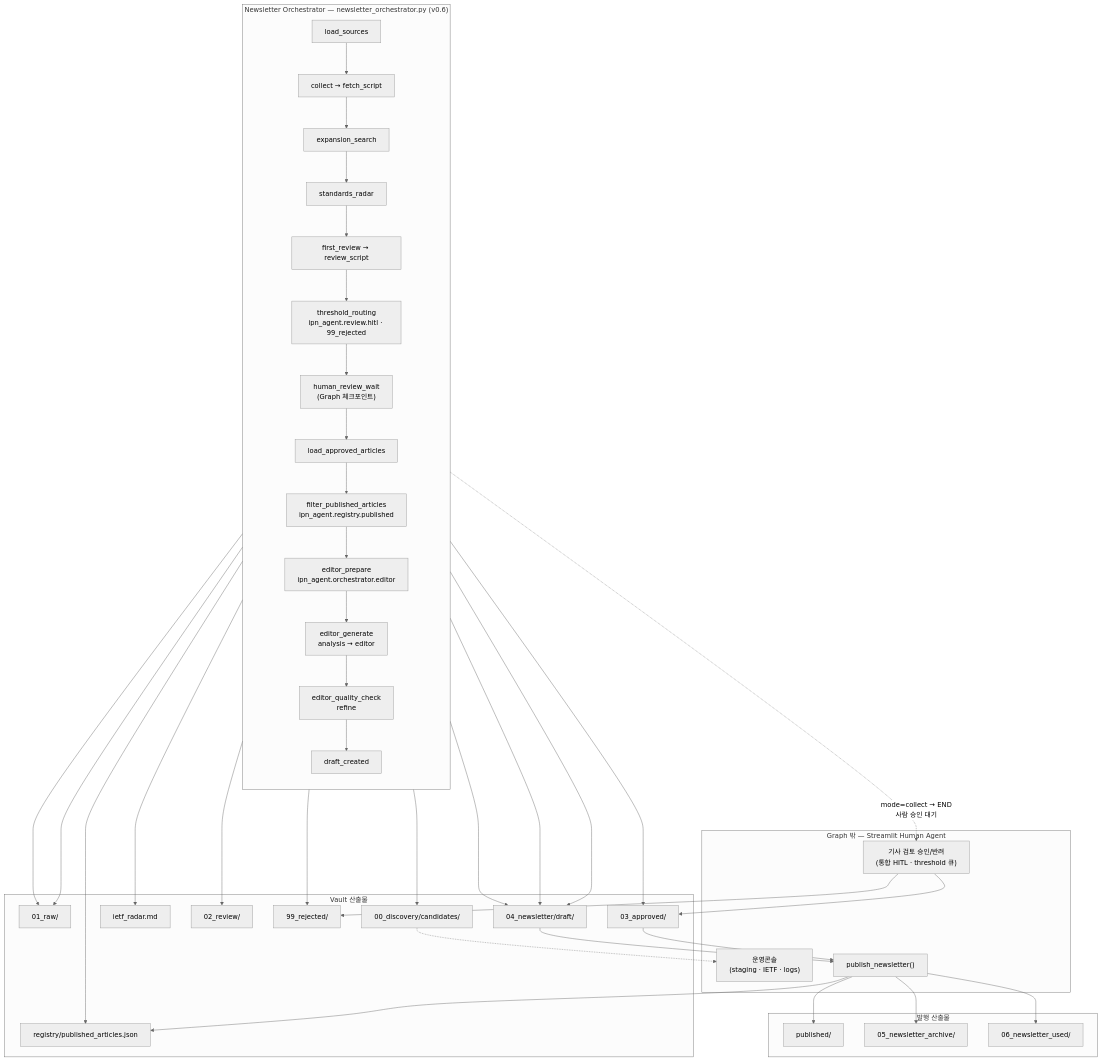
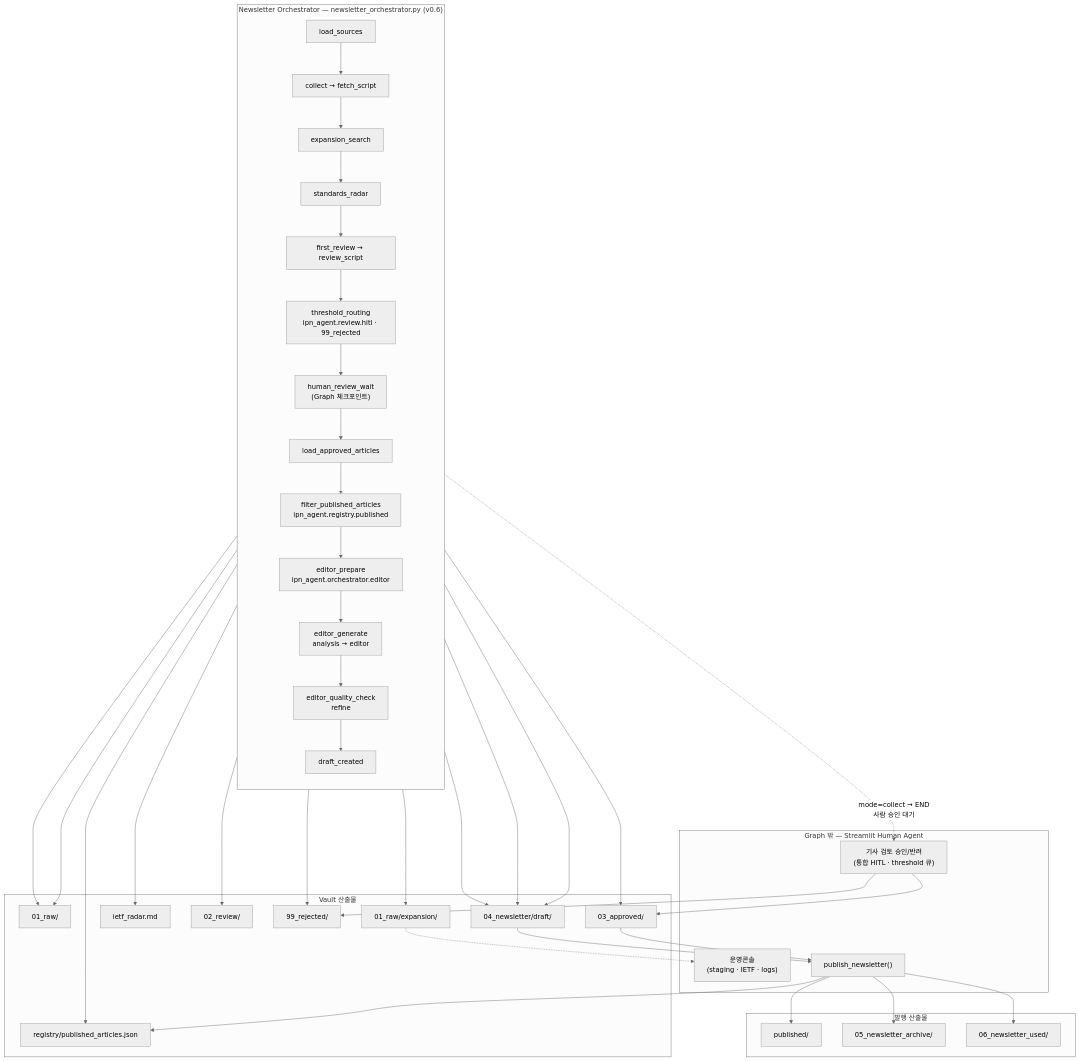
Before and after one commit to BPARK0131/newsletter_agent: the first of 4 diagrams in docs/assignment-spec.md, drawn with Mermaid (neutral theme). The commit also changed other lines of this file and 14 other files, not shown here.

````diff
--- a/docs/assignment-spec.md
+++ b/docs/assignment-spec.md
@@ -316,66 +316,66 @@
 ```mermaid
 flowchart TB
     subgraph Orchestrator["Newsletter Orchestrator — newsletter_orchestrator.py (v0.6)"]
         direction TB
         LS["load_sources"]
         CO["collect → fetch_script"]
         EX["expansion_search"]
         SR["standards_radar"]
         FR["first_review → review_script"]
         TR["threshold_routing<br/>ipn_agent.review.hitl · 99_rejected"]
         HW["human_review_wait<br/>(Graph 체크포인트)"]
         LA["load_approved_articles"]
         FP["filter_published_articles<br/>ipn_agent.registry.published"]
         EP["editor_prepare<br/>ipn_agent.orchestrator.editor"]
         EG["editor_generate<br/>analysis → editor"]
         EQ["editor_quality_check<br/>refine"]
         DC["draft_created"]
         LS --> CO --> EX --> SR --> FR --> TR --> HW
         HW --> LA --> FP --> EP --> EG --> EQ --> DC
     end
 
     subgraph VaultWrite["Vault 산출물"]
         RAW["01_raw/"]
-        DISC["00_discovery/candidates/"]
+        DISC["01_raw/expansion/"]
         RADAR["ietf_radar.md"]
         REV["02_review/"]
         REJ["99_rejected/"]
         APP["03_approved/"]
         DRAFT["04_newsletter/draft/"]
         REG["registry/published_articles.json"]
     end
 
     subgraph Human["Graph 밖 — Streamlit Human Agent"]
         H1["기사 검토 승인/반려<br/>(통합 HITL · threshold 큐)"]
         OPS["운영콘솔<br/>(staging · IETF · logs)"]
         P1["publish_newsletter()"]
     end
 
     subgraph PublishOut["발행 산출물"]
         PUB["published/"]
         ARCH["05_newsletter_archive/"]
         USED["06_newsletter_used/"]
     end
 
     CO --> RAW
     EX --> RAW
     EX --> DISC
     SR --> RADAR
     FR --> REV
     TR --> REJ
     HW -.->|"mode=collect → END<br/>사람 승인 대기"| H1
     H1 --> APP
     H1 --> REJ
     DISC -.-> OPS
     LA --> APP
     FP --> REG
     EP --> DRAFT
     EG --> DRAFT
     EQ --> DRAFT
     APP --> P1
     DRAFT --> P1
     P1 --> PUB
     P1 --> ARCH
     P1 --> USED
     P1 --> REG
 ```
````
